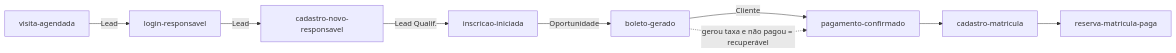
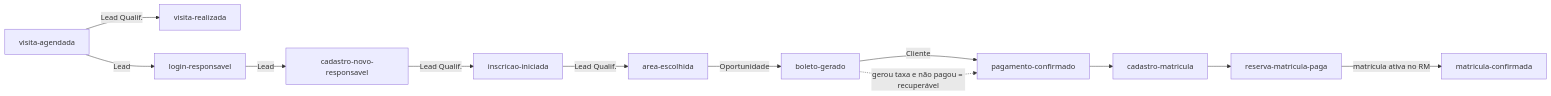
Before and after one commit to DI-CSA/admission-enrollment: the first of 2 diagrams in docs/resumo-estrategico-rd-station.md, drawn with Mermaid. The commit also changed other lines of this file and 6 other files, not shown here.

````diff
--- a/docs/resumo-estrategico-rd-station.md
+++ b/docs/resumo-estrategico-rd-station.md
@@ -42,11 +44,14 @@
 ```mermaid
 flowchart LR
-    V[visita-agendada] -->|Lead| L[login-responsavel]
+    V[visita-agendada] -->|Lead Qualif.| VR[visita-realizada]
+    V -->|Lead| L[login-responsavel]
     L -->|Lead| C[cadastro-novo-responsavel]
     C -->|Lead Qualif.| I[inscricao-iniciada]
-    I -->|Oportunidade| B[boleto-gerado]
+    I -->|Lead Qualif.| AE[area-escolhida]
+    AE -->|Oportunidade| B[boleto-gerado]
     B -->|Cliente| P[pagamento-confirmado]
     P --> CM[cadastro-matricula]
     CM --> RM[reserva-matricula-paga]
+    RM -->|matrícula ativa no RM| MT[matricula-confirmada]
     B -.->|gerou taxa e não pagou = recuperável| P
 ```
````
